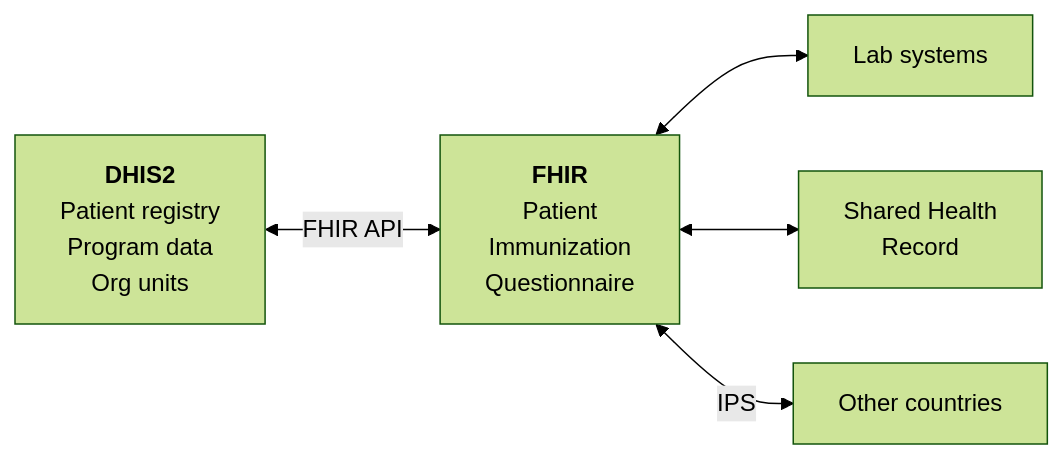
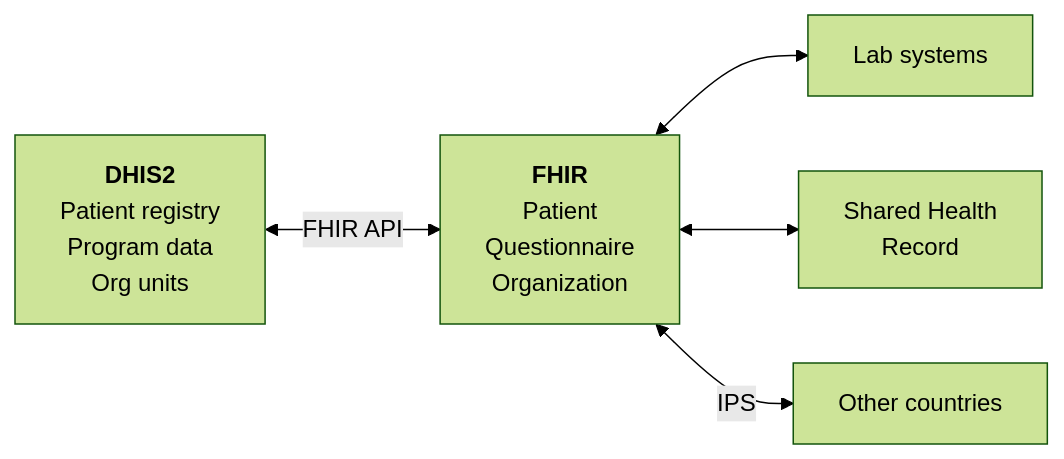
One commit to hispvn/vn-workshop-2026 changed the first of 5 diagrams in dhis2-fhir/presentation/slides/03-dhis2-meets-fhir.md. Above: the diagram before and after it, drawn with Mermaid (forest theme). The commit also changed 3 other files, not shown here.

First line of the commit message:
refactor: de-emphasize Immunization in slides, add Organization/Location

````diff
--- a/dhis2-fhir/presentation/slides/03-dhis2-meets-fhir.md
+++ b/dhis2-fhir/presentation/slides/03-dhis2-meets-fhir.md
@@ -13,7 +13,7 @@
 ```mermaid
 flowchart LR
-    DHIS2["<b>DHIS2</b><br/>Patient registry<br/>Program data<br/>Org units"] <-->|"FHIR API"| FHIR["<b>FHIR</b><br/>Patient<br/>Immunization<br/>Questionnaire"]
+    DHIS2["<b>DHIS2</b><br/>Patient registry<br/>Program data<br/>Org units"] <-->|"FHIR API"| FHIR["<b>FHIR</b><br/>Patient<br/>Questionnaire<br/>Organization"]
     FHIR <--> LAB["Lab systems"]
     FHIR <--> SHR["Shared Health<br/>Record"]
     FHIR <-->|"IPS"| OTHER["Other countries"]
 ```
````
